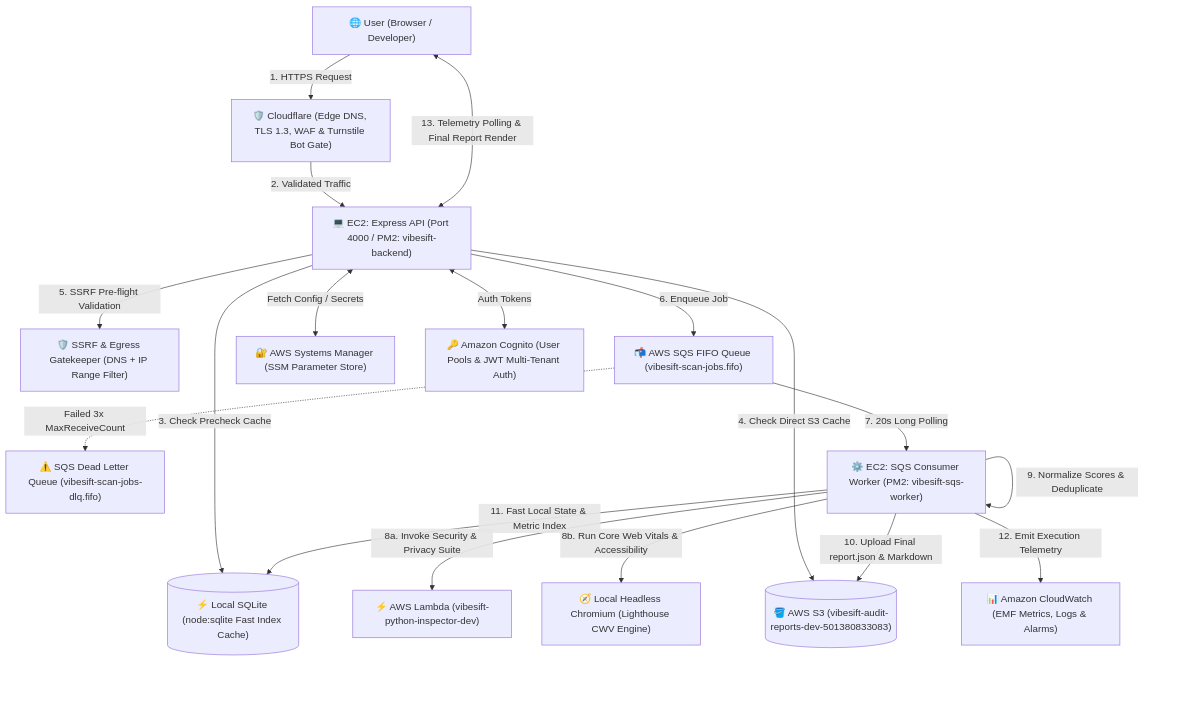
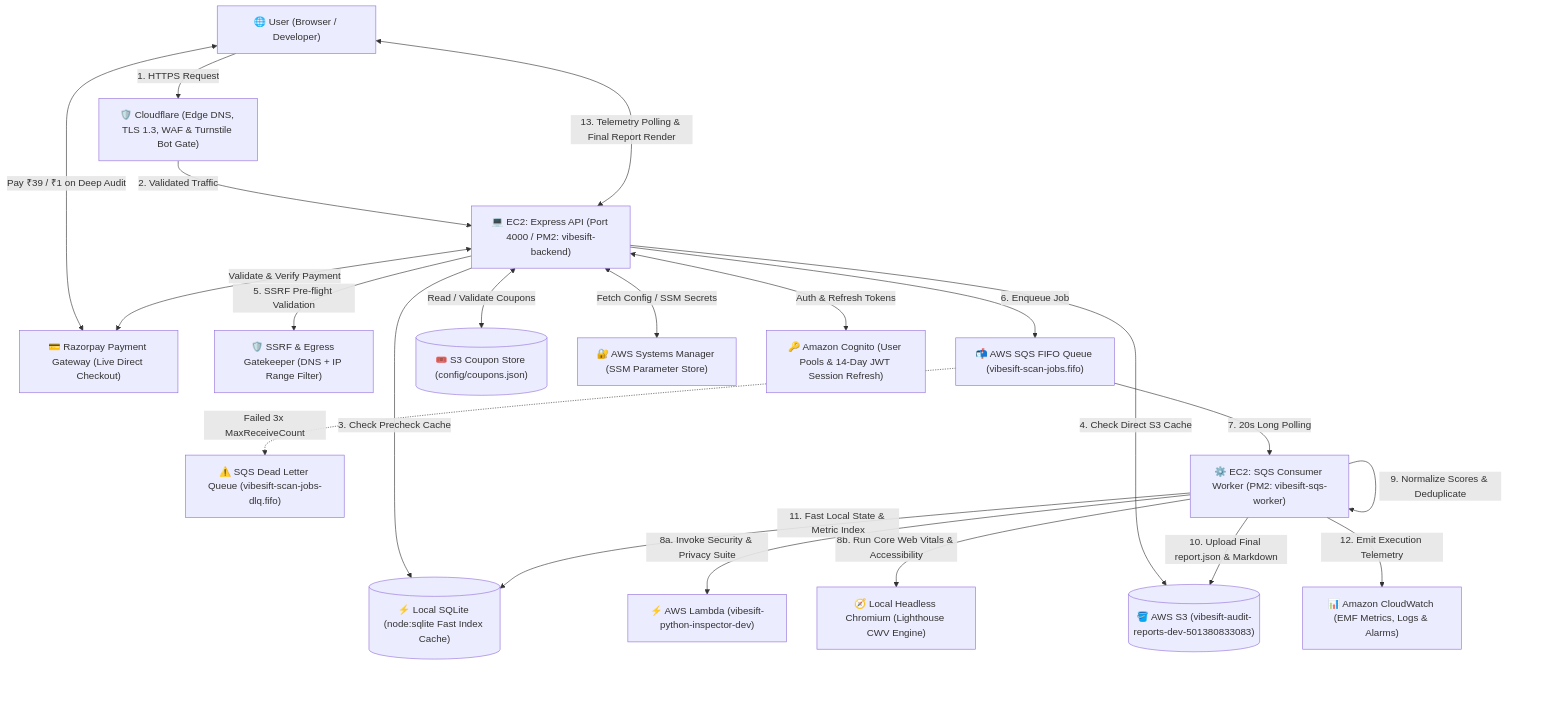
One commit to Sudhaanshuu/VibeSift changed the first of 2 diagrams in docs/ARCHITECTURE.md. Above: the diagram before and after it, drawn with Mermaid. The commit also changed other lines of this file and 5 other files, not shown here.

Commit message:
docs: comprehensive update for razorpay paywall, s3 coupons, 14-day session refresh, and crawler standards

````diff
--- a/docs/ARCHITECTURE.md
+++ b/docs/ARCHITECTURE.md
@@ -9,35 +9,40 @@
 ```mermaid
 flowchart TD
     User["🌐 User (Browser / Developer)"]
     CF["🛡️ Cloudflare (Edge DNS, TLS 1.3, WAF & Turnstile Bot Gate)"]
+    RZP["💳 Razorpay Payment Gateway (Live Direct Checkout)"]
     EC2_API["💻 EC2: Express API (Port 4000 / PM2: vibesift-backend)"]
     SSRF["🛡️ SSRF & Egress Gatekeeper (DNS + IP Range Filter)"]
     SQLITE[("⚡ Local SQLite (node:sqlite Fast Index Cache)")]
     SQS["📬 AWS SQS FIFO Queue (vibesift-scan-jobs.fifo)"]
     DLQ["⚠️ SQS Dead Letter Queue (vibesift-scan-jobs-dlq.fifo)"]
     EC2_WORKER["⚙️ EC2: SQS Consumer Worker (PM2: vibesift-sqs-worker)"]
     LAMBDA["⚡ AWS Lambda (vibesift-python-inspector-dev)"]
     CHROME["🧭 Local Headless Chromium (Lighthouse CWV Engine)"]
     S3[("🪣 AWS S3 (vibesift-audit-reports-dev-501380833083)")]
+    COUPONS[("🎟️ S3 Coupon Store (config/coupons.json)")]
     CW["📊 Amazon CloudWatch (EMF Metrics, Logs & Alarms)"]
     SSM["🔐 AWS Systems Manager (SSM Parameter Store)"]
-    COG["🔑 Amazon Cognito (User Pools & JWT Multi-Tenant Auth)"]
+    COG["🔑 Amazon Cognito (User Pools & 14-Day JWT Session Refresh)"]
 
     User -->|1. HTTPS Request| CF
     CF -->|2. Validated Traffic| EC2_API
-    EC2_API <-->|Auth Tokens| COG
-    EC2_API <-->|Fetch Config / Secrets| SSM
+    EC2_API <-->|Auth & Refresh Tokens| COG
+    EC2_API <-->|Fetch Config / SSM Secrets| SSM
+    User <-->|Pay ₹39 / ₹1 on Deep Audit| RZP
+    EC2_API <-->|Validate & Verify Payment| RZP
+    EC2_API <-->|Read / Validate Coupons| COUPONS
     EC2_API -->|3. Check Precheck Cache| SQLITE
     EC2_API -->|4. Check Direct S3 Cache| S3
     EC2_API -->|5. SSRF Pre-flight Validation| SSRF
     EC2_API -->|6. Enqueue Job| SQS
     SQS -.->|Failed 3x MaxReceiveCount| DLQ
     SQS -->|7. 20s Long Polling| EC2_WORKER
     EC2_WORKER -->|8a. Invoke Security & Privacy Suite| LAMBDA
     EC2_WORKER -->|8b. Run Core Web Vitals & Accessibility| CHROME
     EC2_WORKER -->|9. Normalize Scores & Deduplicate| EC2_WORKER
     EC2_WORKER -->|10. Upload Final report.json & Markdown| S3
     EC2_WORKER -->|11. Fast Local State & Metric Index| SQLITE
     EC2_WORKER -->|12. Emit Execution Telemetry| CW
     User <-->|13. Telemetry Polling & Final Report Render| EC2_API
 ```
````
